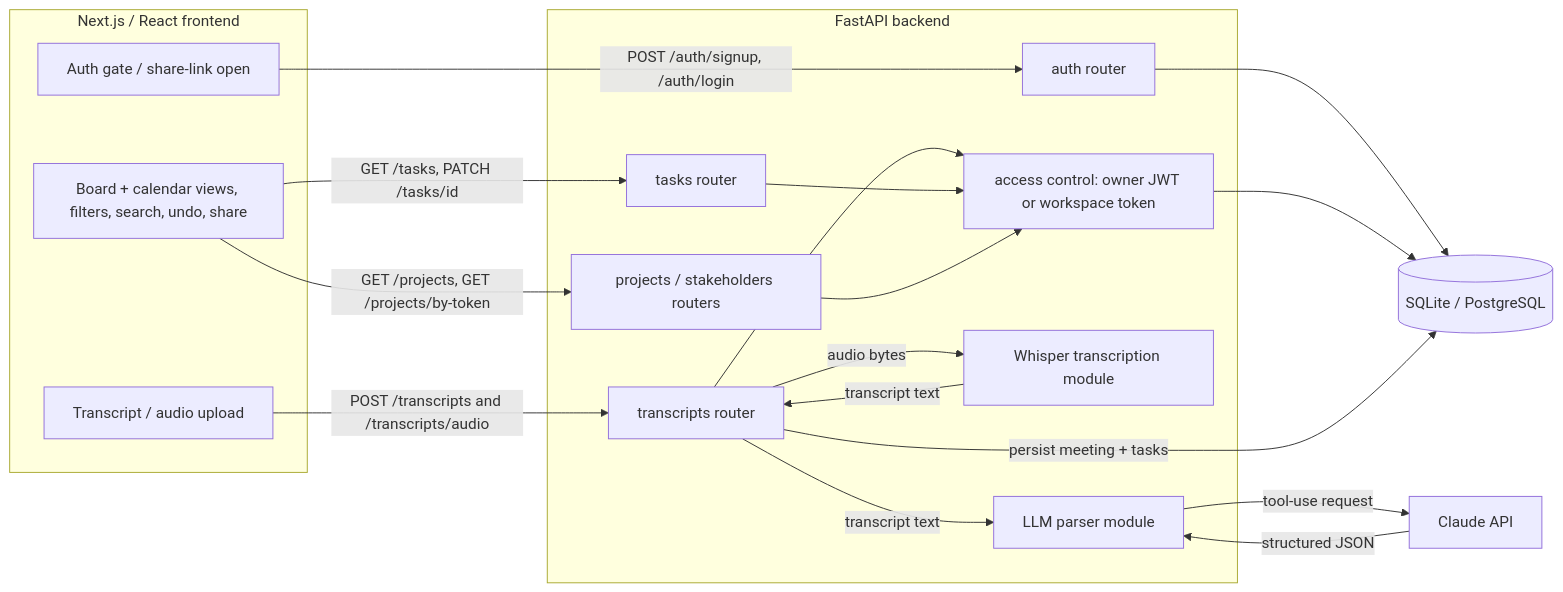
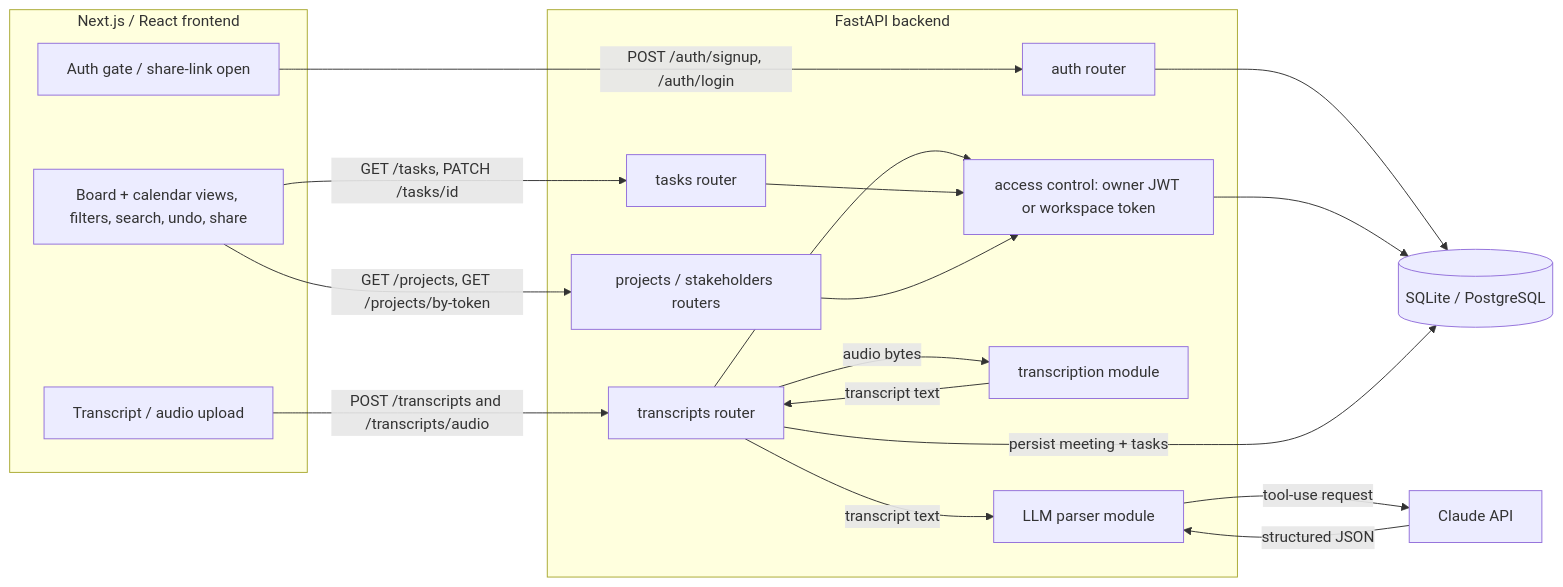
Before and after one commit to chinliong/meeting-orchestrator: the first of 2 diagrams in docs/architecture.md, drawn with Mermaid. The commit also changed other lines of this file and 16 other files, not shown here.

````diff
--- a/docs/architecture.md
+++ b/docs/architecture.md
@@ -23,37 +23,37 @@
 ```mermaid
 flowchart LR
     subgraph Client[Next.js / React frontend]
         A[Auth gate / share-link open]
         U[Transcript / audio upload]
         K[Board + calendar views, filters, search, undo, share]
     end
 
     subgraph API[FastAPI backend]
         AU[auth router]
         T[transcripts router]
         TK[tasks router]
         P[projects / stakeholders routers]
         AC[access control: owner JWT or workspace token]
-        W[Whisper transcription module]
+        W[transcription module]
         L[LLM parser module]
     end
 
     DB[(SQLite / PostgreSQL)]
     C[Claude API]
 
     A -->|POST /auth/signup, /auth/login| AU
     U -->|POST /transcripts and /transcripts/audio| T
     K -->|GET /tasks, PATCH /tasks/id| TK
     K -->|GET /projects, GET /projects/by-token| P
     AU --> DB
     T --> AC
     TK --> AC
     P --> AC
     AC --> DB
     T -->|audio bytes| W
     W -->|transcript text| T
     T -->|transcript text| L
     L -->|tool-use request| C
     C -->|structured JSON| L
     T -->|persist meeting + tasks| DB
 ```
````
